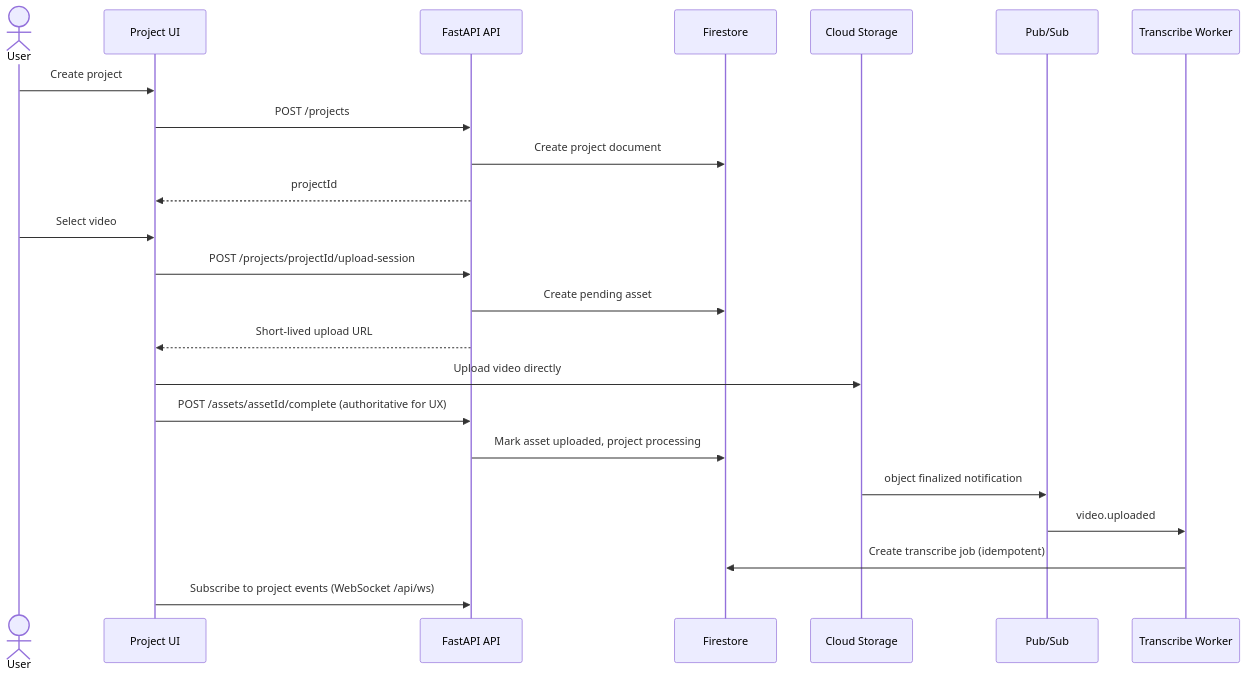
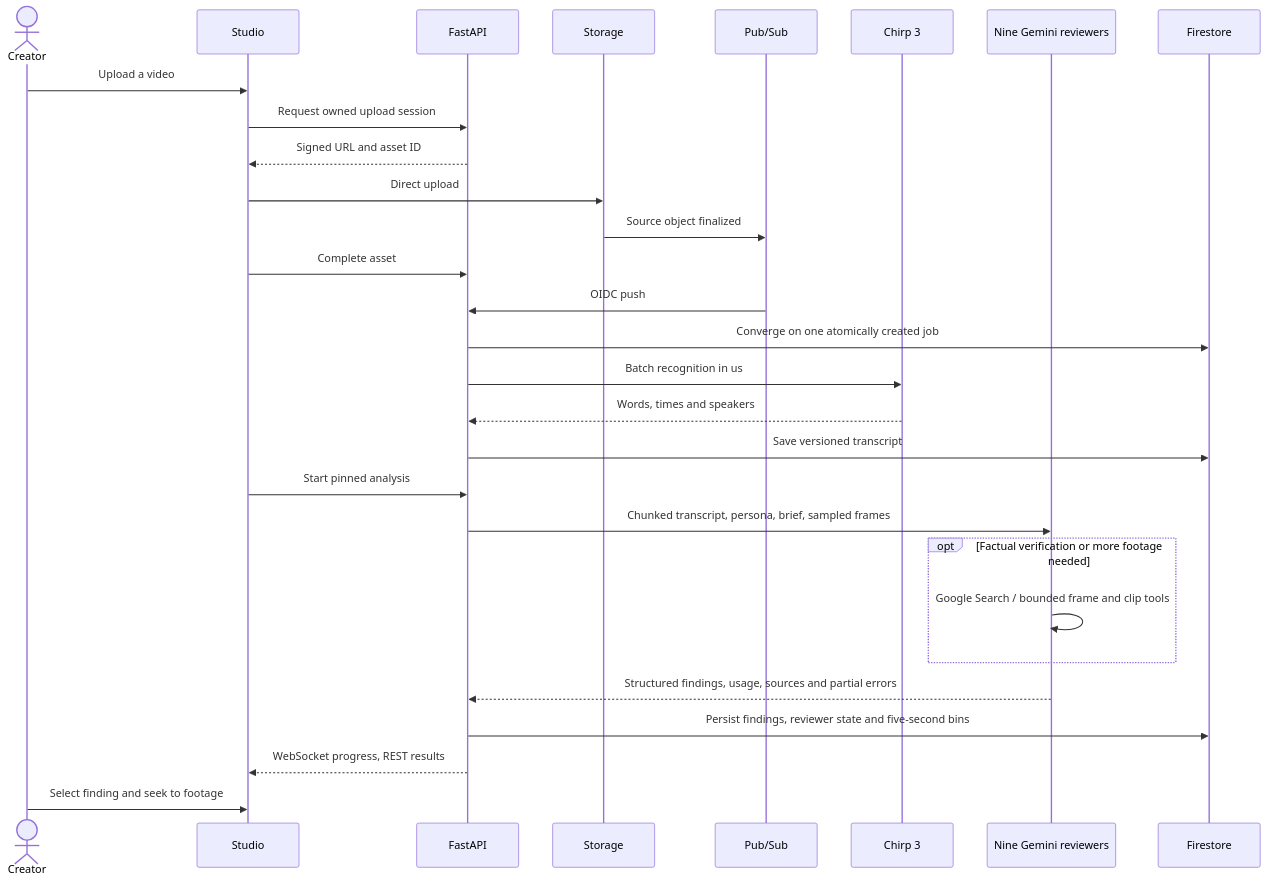
The second of 5 diagrams in docs/technical-design/diagrams.md (Saad-Surve/aibuildercup), drawn with Mermaid before and after one commit. The commit also changed other lines of this file and 34 other files, not shown here.

Commit message:
docs: document implemented studio with benchmarks costs and comparisons

````diff
--- a/docs/technical-design/diagrams.md
+++ b/docs/technical-design/diagrams.md
@@ -107,26 +41,31 @@
-~~~mermaid
+```mermaid
 sequenceDiagram
-    actor User
-    participant UI as Project UI
-    participant API as FastAPI API
+    actor Creator
+    participant UI as Studio
+    participant API as FastAPI
+    participant GCS as Storage
+    participant PS as Pub/Sub
+    participant STT as Chirp 3
+    participant Review as Nine Gemini reviewers
     participant FS as Firestore
-    participant GCS as Cloud Storage
-    participant PubSub as Pub/Sub
-    participant Worker as Transcribe Worker
-
-    User->>UI: Create project
-    UI->>API: POST /projects
-    API->>FS: Create project document
-    API-->>UI: projectId
-    User->>UI: Select video
-    UI->>API: POST /projects/projectId/upload-session
-    API->>FS: Create pending asset
-    API-->>UI: Short-lived upload URL
-    UI->>GCS: Upload video directly
-    UI->>API: POST /assets/assetId/complete (authoritative for UX)
-    API->>FS: Mark asset uploaded, project processing
-    GCS->>PubSub: object finalized notification
-    PubSub->>Worker: video.uploaded
-    Worker->>FS: Create transcribe job (idempotent)
-    UI->>API: Subscribe to project events (WebSocket /api/ws)
-~~~
+    Creator->>UI: Upload a video
+    UI->>API: Request owned upload session
+    API-->>UI: Signed URL and asset ID
+    UI->>GCS: Direct upload
+    GCS->>PS: Source object finalized
+    UI->>API: Complete asset
+    PS->>API: OIDC push
+    API->>FS: Converge on one atomically created job
+    API->>STT: Batch recognition in us
+    STT-->>API: Words, times and speakers
+    API->>FS: Save versioned transcript
+    UI->>API: Start pinned analysis
+    API->>Review: Chunked transcript, persona, brief, sampled frames
+    opt Factual verification or more footage needed
+        Review->>Review: Google Search / bounded frame and clip tools
+    end
+    Review-->>API: Structured findings, usage, sources and partial errors
+    API->>FS: Persist findings, reviewer state and five-second bins
+    API-->>UI: WebSocket progress, REST results
+    Creator->>UI: Select finding and seek to footage
+```
````
